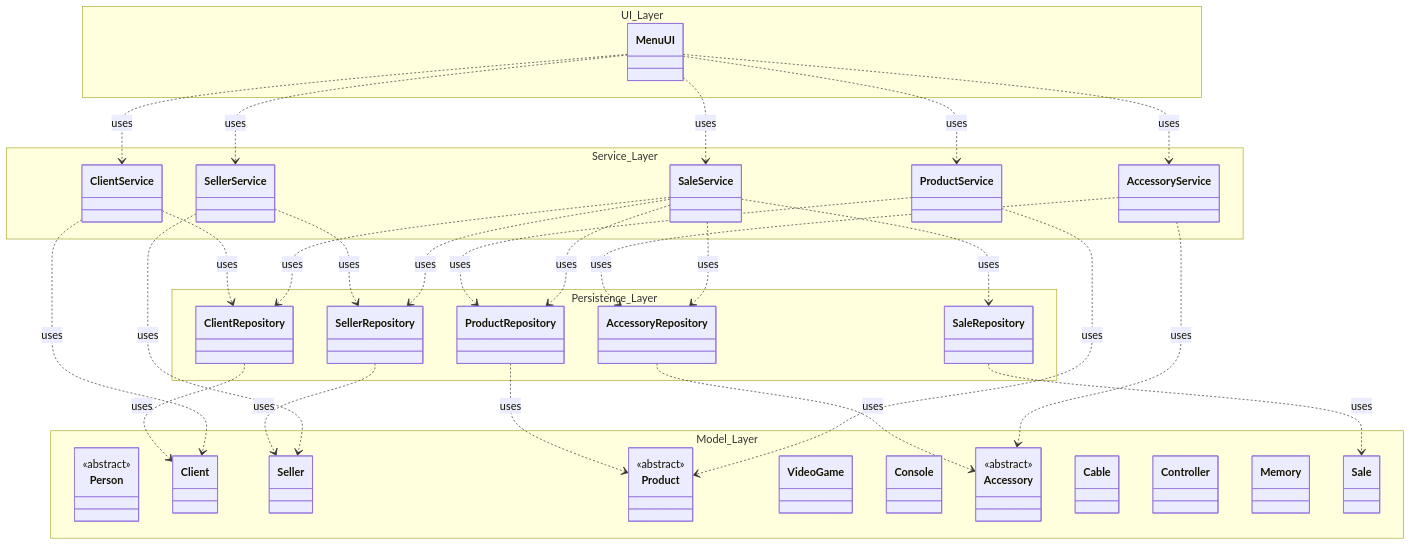
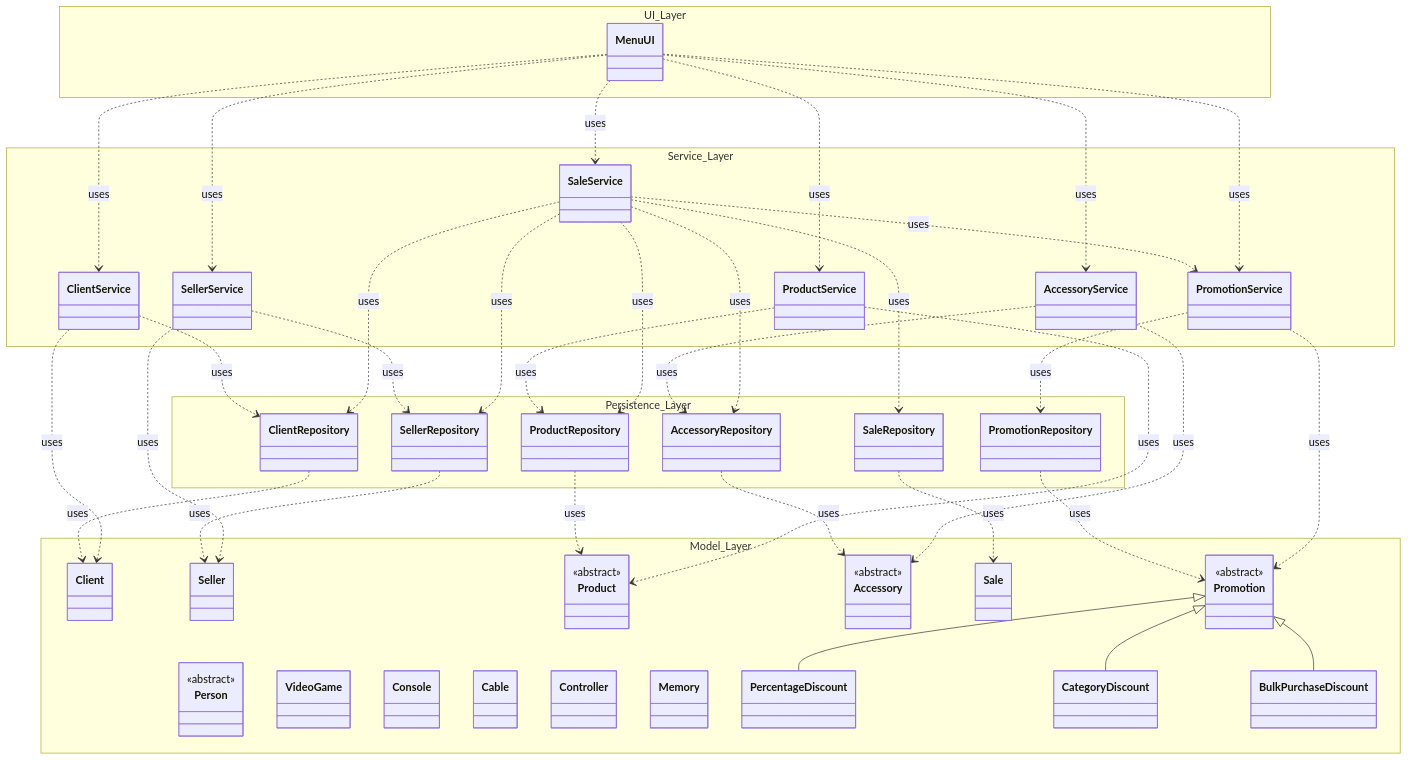
Before and after one commit to sdavidpinto/Taller_Gamezone1: the diagram in docs/layers-diagram .md, drawn with Mermaid. The commit also changed 1 other file, not shown here.

Commit message:
docs:actualizacion de hierarchy-diagram y layers-diagram con Promotion

````diff
--- a/docs/layers-diagram .md
+++ b/docs/layers-diagram .md
@@ -1,12 +1,12 @@
 ```mermaid
 classDiagram
     direction TB
-
+ 
     namespace UI_Layer {
         class MenuUI {
         }
     }
-
+ 
     namespace Service_Layer {
         class ProductService {
         }
@@ -18,8 +18,10 @@
         }
         class SaleService {
         }
+        class PromotionService {
+        }
     }
-
+ 
     namespace Persistence_Layer {
         class ProductRepository {
         }
@@ -31,8 +33,10 @@
         }
         class SaleRepository {
         }
+        class PromotionRepository {
+        }
     }
-
+ 
     namespace Model_Layer {
         class Person {
             <<abstract>>
@@ -59,36 +63,55 @@
         }
         class Sale {
         }
+        class Promotion {
+            <<abstract>>
+        }
+        class PercentageDiscount {
+        }
+        class CategoryDiscount {
+        }
+        class BulkPurchaseDiscount {
+        }
     }
-
+ 
     %% Dependencies between layers
     MenuUI ..> ProductService : uses
     MenuUI ..> ClientService : uses
     MenuUI ..> SellerService : uses
     MenuUI ..> AccessoryService : uses
     MenuUI ..> SaleService : uses
-
+    MenuUI ..> PromotionService : uses
+ 
     SaleService ..> ClientRepository : uses
     SaleService ..> SellerRepository : uses
     SaleService ..> ProductRepository : uses
     SaleService ..> AccessoryRepository : uses
     SaleService ..> SaleRepository : uses
-
+    SaleService ..> PromotionService : uses
+ 
     ProductService ..> ProductRepository : uses
     ProductService ..> Product : uses
-
+ 
     ClientService ..> ClientRepository : uses
     ClientService ..> Client : uses
-
+ 
     SellerService ..> SellerRepository : uses
     SellerService ..> Seller : uses
-
+ 
     AccessoryService ..> AccessoryRepository : uses
     AccessoryService ..> Accessory : uses
-
+ 
+    PromotionService ..> PromotionRepository : uses
+    PromotionService ..> Promotion : uses
+ 
     SaleRepository ..> Sale : uses
     ProductRepository ..> Product : uses
     ClientRepository ..> Client : uses
     SellerRepository ..> Seller : uses
     AccessoryRepository ..> Accessory : uses
+    PromotionRepository ..> Promotion : uses
+ 
+    Promotion <|-- PercentageDiscount
+    Promotion <|-- CategoryDiscount
+    Promotion <|-- BulkPurchaseDiscount
 ```
````
